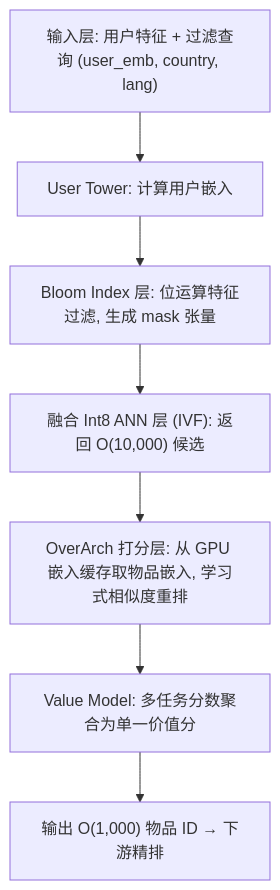
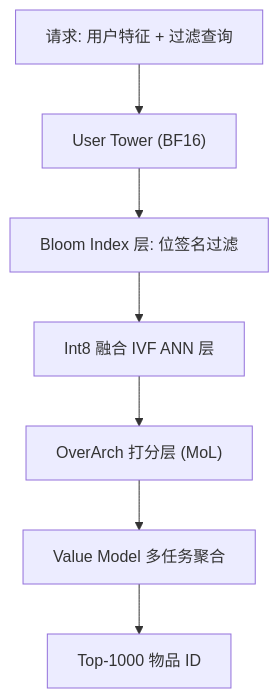
One commit to jbdcia321vw/Paper-Notes changed the diagram in docs/venues/SIGIR/2026/collaborative_filtering/silvertorch_a_unified_model_based_system_to_democratize_large_scale_recomme.md. Above: the diagram before and after it, drawn with Mermaid. The commit also changed other lines of this file and 1119 other files, not shown here.

````diff
--- a/docs/venues/SIGIR/2026/collaborative_filtering/silvertorch_a_unified_model_based_system_to_democratize_large_scale_recomme.md
+++ b/docs/venues/SIGIR/2026/collaborative_filtering/silvertorch_a_unified_model_based_system_to_democratize_large_scale_recomme.md
@@ -70,9 +48,9 @@
 ```mermaid
 flowchart TD
-    A["输入层: 用户特征 + 过滤查询 (user_emb, country, lang)"] --> B["User Tower: 计算用户嵌入"]
-    B --> C["Bloom Index 层: 位运算特征过滤, 生成 mask 张量"]
-    C --> D["融合 Int8 ANN 层 (IVF): 返回 O(10,000) 候选"]
-    D --> E["OverArch 打分层: 从 GPU 嵌入缓存取物品嵌入, 学习式相似度重排"]
-    E --> F["Value Model: 多任务分数聚合为单一价值分"]
-    F --> G["输出 O(1,000) 物品 ID → 下游精排"]
+    A["请求: 用户特征 + 过滤查询"] --> B["User Tower (BF16)"]
+    B --> C["Bloom Index 层: 位签名过滤"]
+    C --> D["Int8 融合 IVF ANN 层"]
+    D --> E["OverArch 打分层 (MoL)"]
+    E --> F["Value Model 多任务聚合"]
+    F --> G["Top-1000 物品 ID"]
 ```
````
